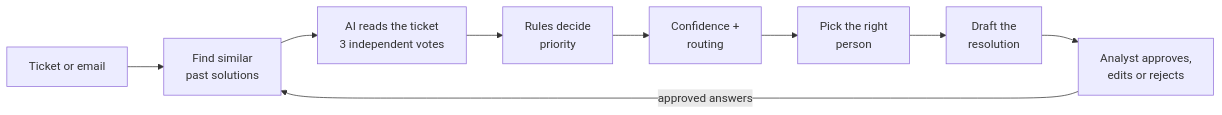
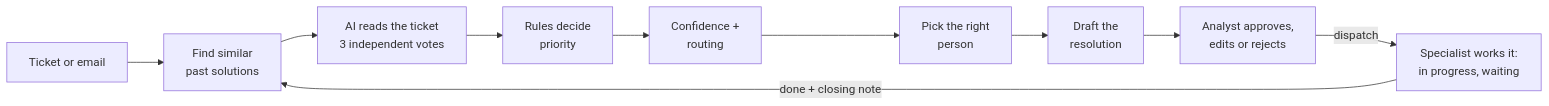
Before and after one commit to Shivamm08/Swiss_AI_Zurich_Hackathon26: the diagram in README.md, drawn with Mermaid. The commit also changed other lines of this file and 14 other files, not shown here.

````diff
--- a/README.md
+++ b/README.md
@@ -10,11 +11,12 @@
 ```mermaid
 flowchart LR
   A[Ticket or email] --> B[Find similar<br/>past solutions]
   B --> C[AI reads the ticket<br/>3 independent votes]
   C --> D[Rules decide<br/>priority]
   D --> E[Confidence +<br/>routing]
   E --> F[Pick the right<br/>person]
   F --> G[Draft the<br/>resolution]
   G --> H[Analyst approves,<br/>edits or rejects]
-  H -->|approved answers| B
+  H -->|dispatch| I[Specialist works it:<br/>in progress, waiting]
+  I -->|done + closing note| B
 ```
````
